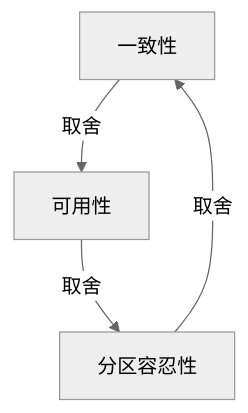
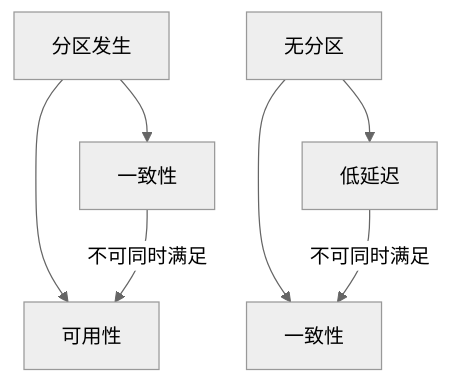
One commit to AdaMartin18010/SystemOSIOT changed the fifth of 5 diagrams in 4.分布式系统/4.6 形式语义/4.6.2 语义模型.md. Above: the diagram before and after it, drawn with Mermaid (neutral theme). The commit also changed other lines of this file and 90 other files, not shown here.

````diff
--- a/4.分布式系统/4.6 形式语义/4.6.2 语义模型.md
+++ b/4.分布式系统/4.6 形式语义/4.6.2 语义模型.md
@@ -95,6 +96,9 @@
 ```mermaid
 graph TD
-  C[一致性] -- 取舍 --> A[可用性]
-  A -- 取舍 --> P[分区容忍性]
-  P -- 取舍 --> C
+  P[分区发生] --> C[一致性]
+  P --> A[可用性]
+  C -- 不可同时满足 --> A
+  NP[无分区] --> L[低延迟]
+  NP --> C2[一致性]
+  L -- 不可同时满足 --> C2
 ```
````
